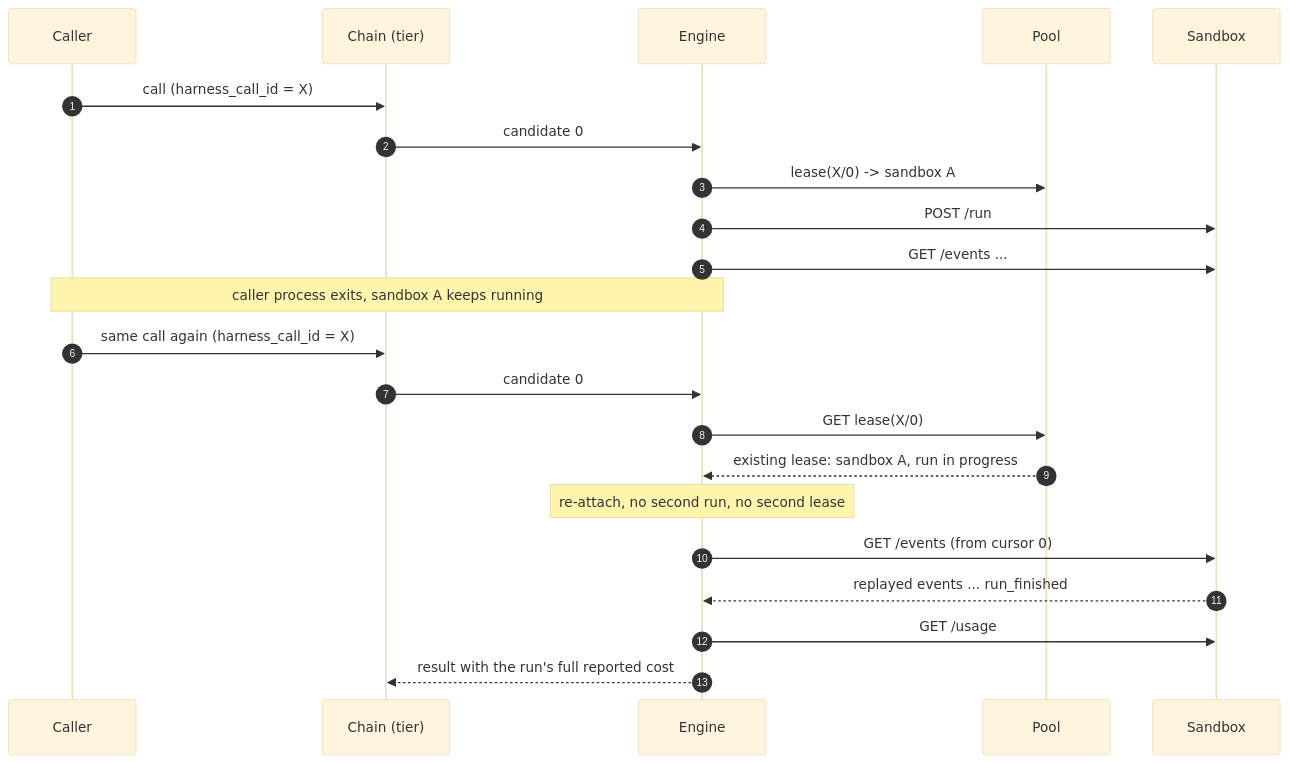
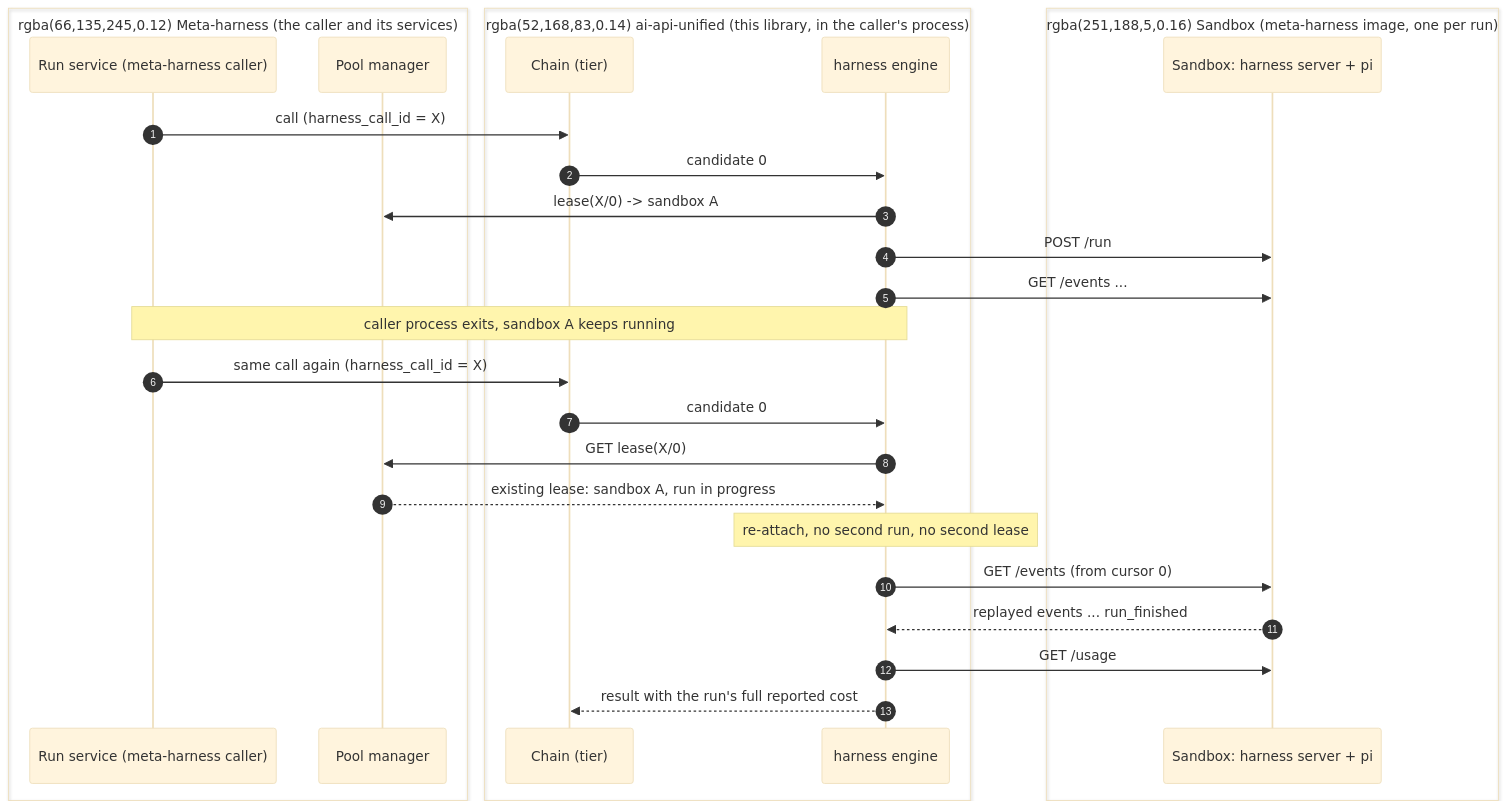
One commit to davecthomas/ai-api-unified changed the sixth of 8 diagrams in docs/harness_engine_design.md. Above: the diagram before and after it, drawn with Mermaid (base theme). The commit also changed other lines of this file, not shown here.

First line of the commit message:
docs/harness-engine-sequences: group sequence participants by owner

````diff
--- a/docs/harness_engine_design.md
+++ b/docs/harness_engine_design.md
@@ -268,25 +301,31 @@
 ```mermaid
 sequenceDiagram
     autonumber
-    participant C as Caller
+    box rgba(66,135,245,0.12) Meta-harness (the caller and its services)
+    participant C as Run service (meta-harness caller)
+    participant P as Pool manager
+    end
+    box rgba(52,168,83,0.14) ai-api-unified (this library, in the caller's process)
     participant F as Chain (tier)
-    participant E as Engine
-    participant P as Pool
-    participant S as Sandbox
+    participant E as harness engine
+    end
+    box rgba(251,188,5,0.16) Sandbox (meta-harness image, one per run)
+    participant S as Sandbox: harness server + pi
+    end
 
     C->>F: call (harness_call_id = X)
     F->>E: candidate 0
     E->>P: lease(X/0) -> sandbox A
     E->>S: POST /run
     E->>S: GET /events ...
     Note over C,E: caller process exits, sandbox A keeps running
     C->>F: same call again (harness_call_id = X)
     F->>E: candidate 0
     E->>P: GET lease(X/0)
     P-->>E: existing lease: sandbox A, run in progress
     Note over E: re-attach, no second run, no second lease
     E->>S: GET /events (from cursor 0)
     S-->>E: replayed events ... run_finished
     E->>S: GET /usage
     E-->>F: result with the run's full reported cost
 ```
````
